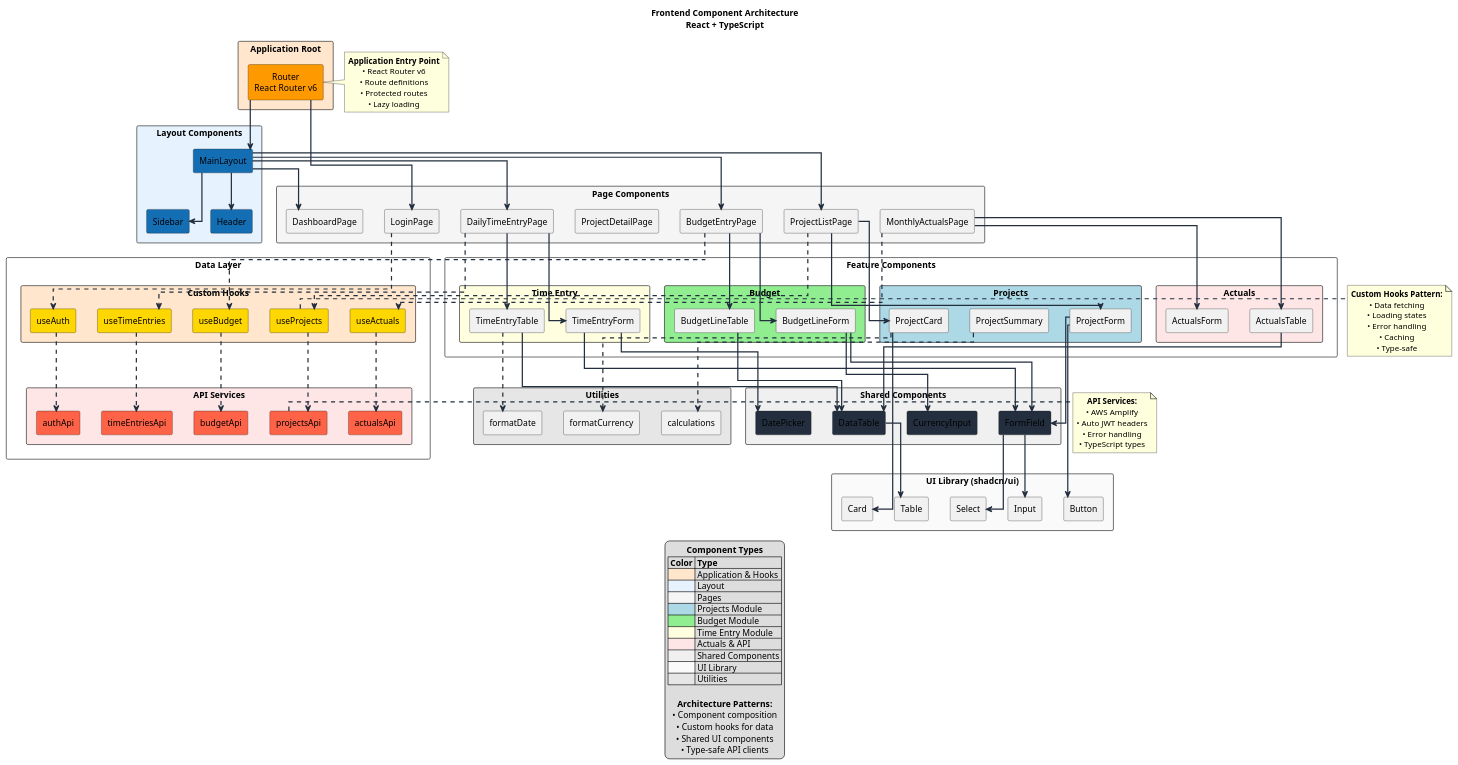
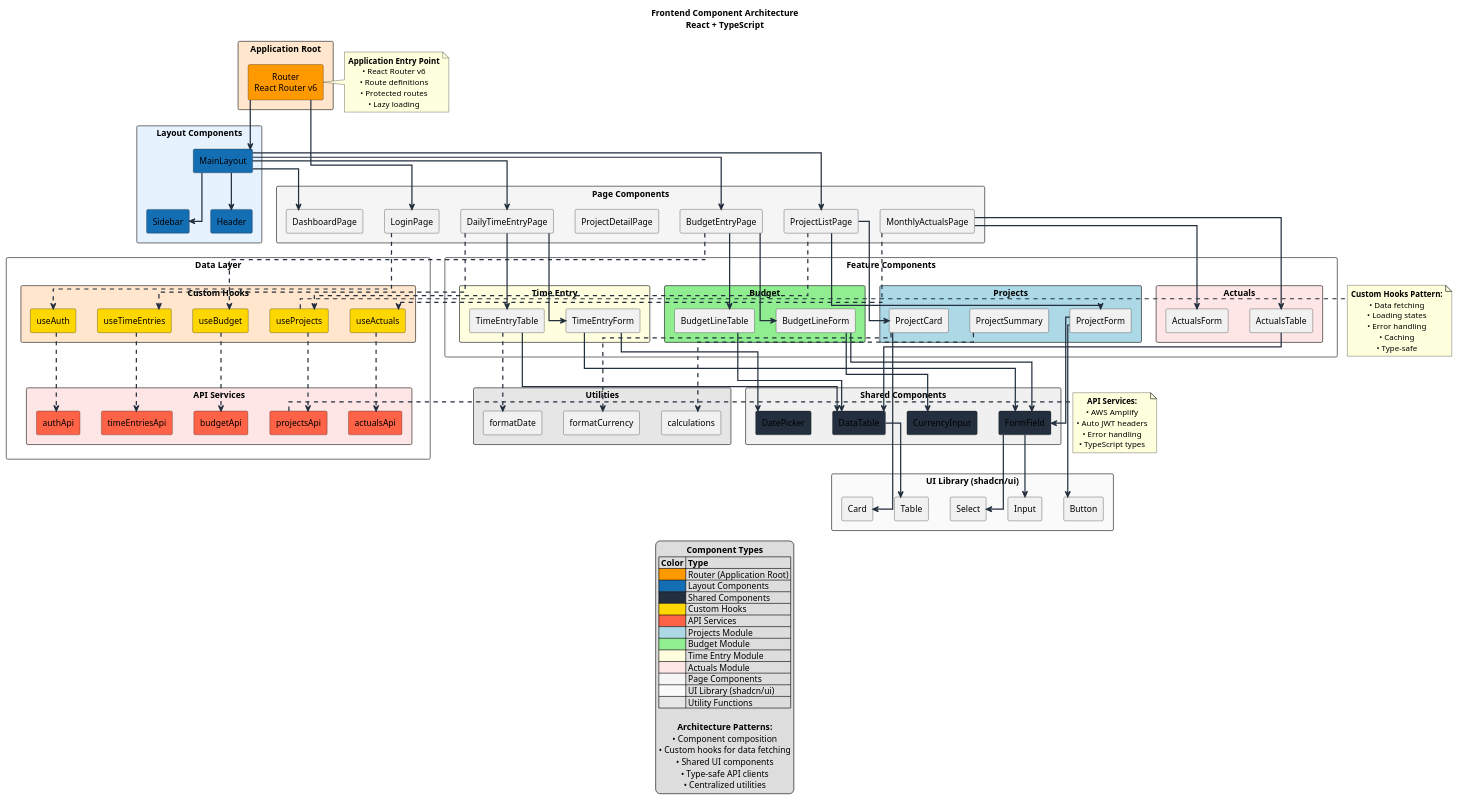
The diagram in docs/diagrams/architecture/02-frontend-components.puml (jameseraynor/Stephen), drawn with PlantUML before and after one commit. The commit also changed 1 other file, not shown here.

Commit message:
Fix legend colors in frontend components diagram
- Updated legend to match actual component colors
- Router: #FF9900 (orange)
- Layout: #146EB4 (blue)
- Shared: #232F3E (dark)
- Hooks: #FFD700 (gold)
- API: #FF6347 (tomato)
- Feature modules: light colors (blue, green, yellow, pink)
- Legend now accurately represents the diagram

```diff
--- a/docs/diagrams/architecture/02-frontend-components.puml
+++ b/docs/diagrams/architecture/02-frontend-components.puml
@@ -189,22 +189,25 @@
 legend bottom
   <b>Component Types</b>
   |= Color |= Type |
-  |<#FFE6CC>| Application & Hooks |
-  |<#E6F3FF>| Layout |
-  |<#F5F5F5>| Pages |
+  |<#FF9900>| Router (Application Root) |
+  |<#146EB4>| Layout Components |
+  |<#232F3E>| Shared Components |
+  |<#FFD700>| Custom Hooks |
+  |<#FF6347>| API Services |
   |<#lightblue>| Projects Module |
   |<#lightgreen>| Budget Module |
   |<#lightyellow>| Time Entry Module |
-  |<#FFE6E6>| Actuals & API |
-  |<#F0F0F0>| Shared Components |
-  |<#FAFAFA>| UI Library |
-  |<#E6E6E6>| Utilities |
+  |<#FFE6E6>| Actuals Module |
+  |<#F5F5F5>| Page Components |
+  |<#FAFAFA>| UI Library (shadcn/ui) |
+  |<#E6E6E6>| Utility Functions |
   
   <b>Architecture Patterns:</b>
   • Component composition
-  • Custom hooks for data
+  • Custom hooks for data fetching
   • Shared UI components
   • Type-safe API clients
+  • Centralized utilities
 endlegend
 
 @enduml
```
